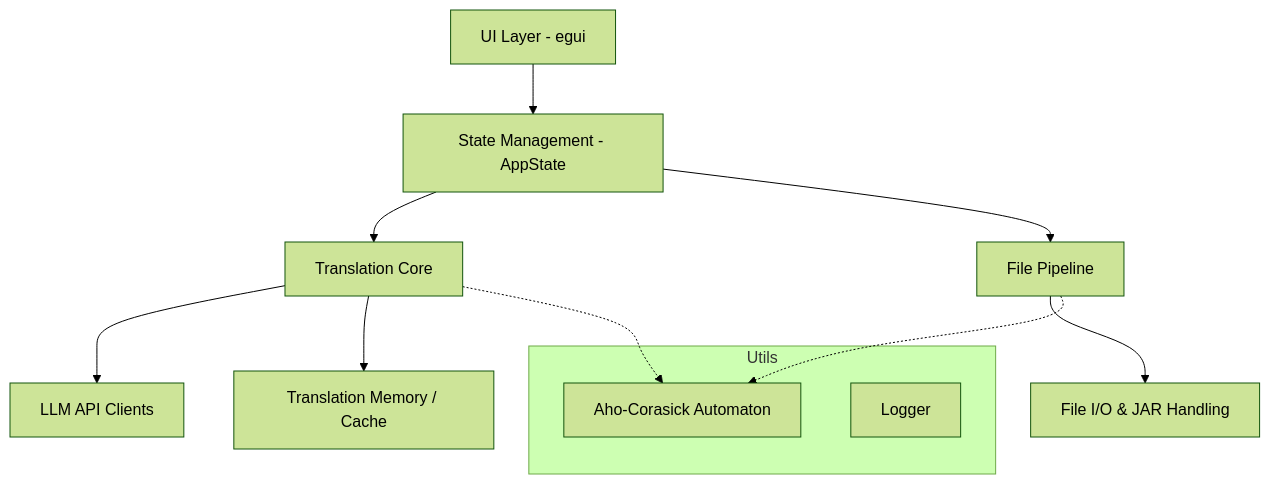
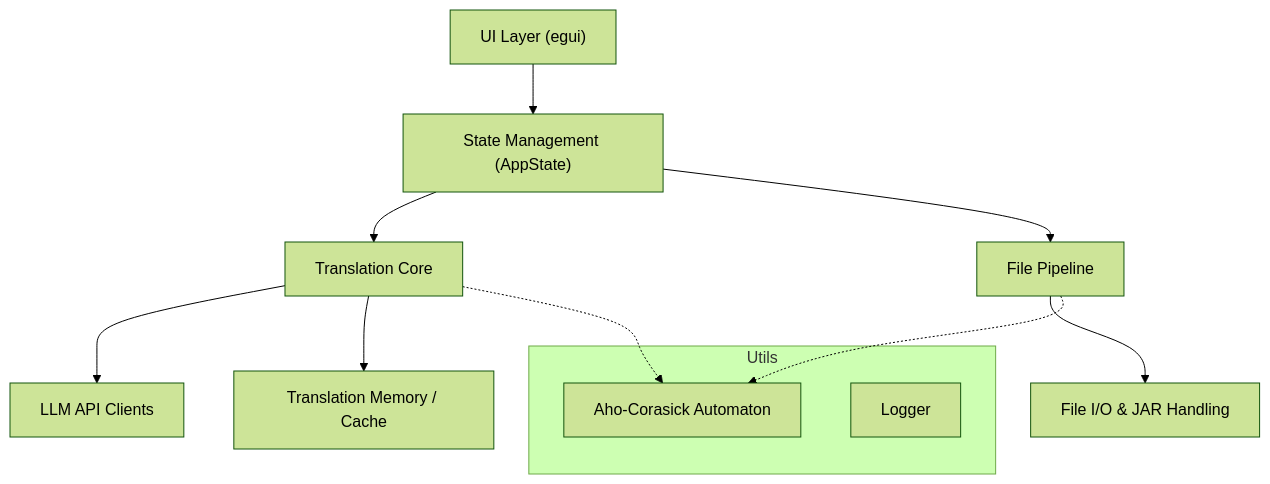
The first of 2 diagrams in docs/architecture/overview.md (mn12345678910/mc_translator), drawn with Mermaid (forest theme) before and after one commit. The commit also changed other lines of this file and 1 other file, not shown here.

Commit message:
修復：修正格式錯誤的 Mermaid 語法，移除箭頭描述文字的引號

````diff
--- a/docs/architecture/overview.md
+++ b/docs/architecture/overview.md
@@ -8,17 +8,17 @@
 ```mermaid
 graph TD
-    UI["UI Layer - egui"] --> State["State Management - AppState"]
+    UI["UI Layer (egui)"] --> State["State Management (AppState)"]
     State --> Translation["Translation Core"]
     State --> File["File Pipeline"]
     Translation --> API["LLM API Clients"]
     File --> IO["File I/O & JAR Handling"]
     Translation --> Memory["Translation Memory / Cache"]
     
     subgraph "Utils"
         AC["Aho-Corasick Automaton"]
         Log["Logger"]
     end
     
     Translation -.-> AC
     File -.-> AC
 ```
````
